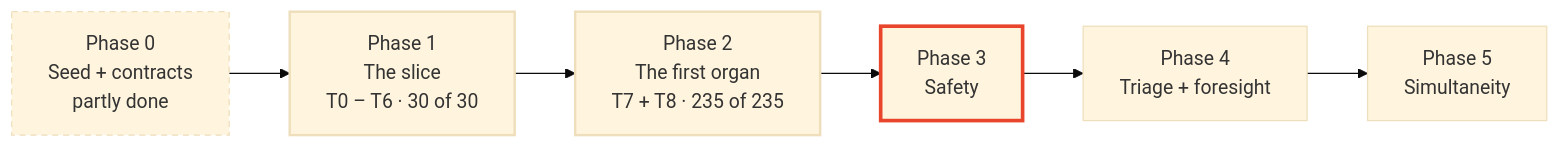
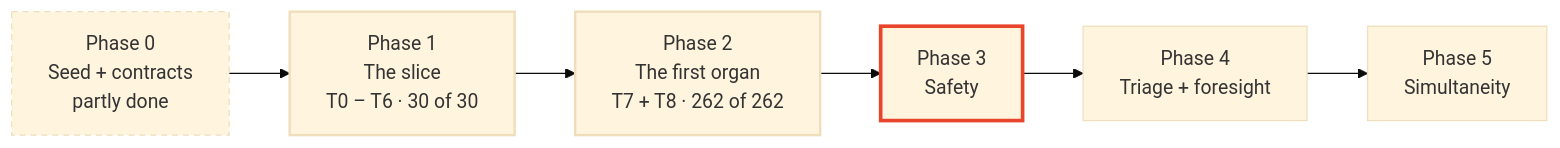
One commit to JosephOIbrahim/Plexus changed the first of 5 diagrams in README.md. Above: the diagram before and after it, drawn with Mermaid (base theme). The commit also changed other lines of this file, not shown here.

Commit message:
readme: alpha.11 status, 30 of 30 and 262 of 262, seven missions, the two new phase 2 files, and the suspended start

````diff
--- a/README.md
+++ b/README.md
@@ -50,13 +50,13 @@
 ```mermaid
 flowchart LR
     P0["Phase 0<br/>Seed + contracts<br/>partly done"]:::part
     P1["Phase 1<br/>The slice<br/>T0 – T6 · 30 of 30"]:::done
-    P2["Phase 2<br/>The first organ<br/>T7 + T8 · 235 of 235"]:::done
+    P2["Phase 2<br/>The first organ<br/>T7 + T8 · 262 of 262"]:::done
     P3["Phase 3<br/>Safety"]:::next
     P4["Phase 4<br/>Triage + foresight"]
     P5["Phase 5<br/>Simultaneity"]
     P0 --> P1 --> P2 --> P3 --> P4 --> P5
     classDef done stroke-width:2px
     classDef part stroke-dasharray:5 4
     classDef next stroke:#E8452C,stroke-width:3px
 ```
````
